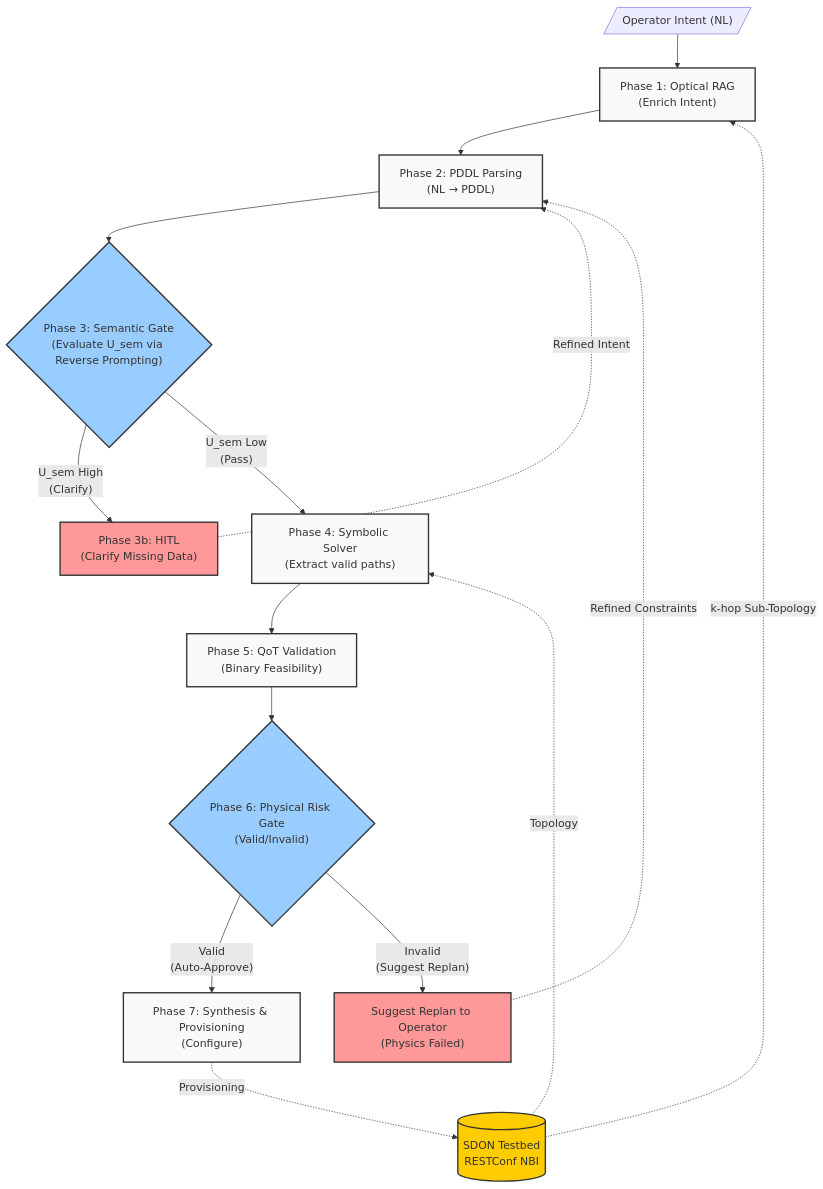
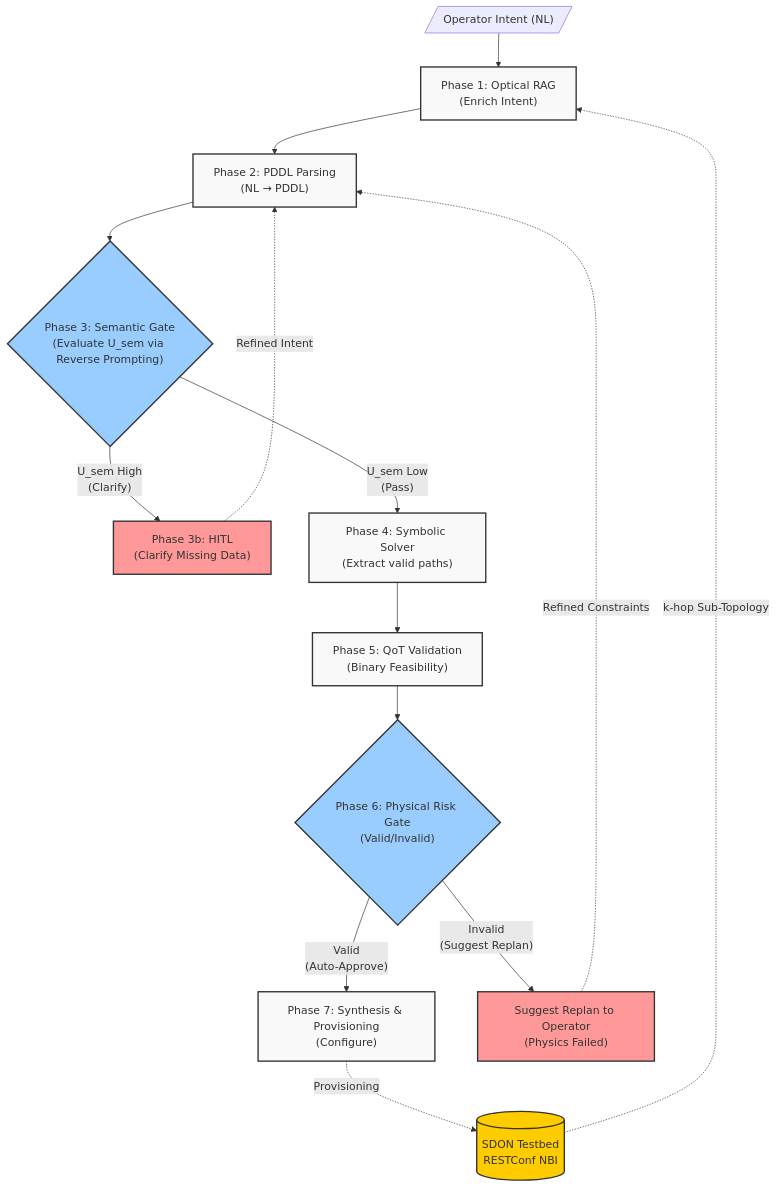
One commit to ABADIAb/MultiAgent-ON changed the diagram in docs/LLM_Wiki/wiki/architecture/Architecture_v5.md. Above: the diagram before and after it, drawn with Mermaid. The commit also changed 6 other files, not shown here.

````diff
--- a/docs/LLM_Wiki/wiki/architecture/Architecture_v5.md
+++ b/docs/LLM_Wiki/wiki/architecture/Architecture_v5.md
@@ -33,40 +33,39 @@
 ```mermaid
 flowchart TD
     %% Styling
     classDef phase fill:#f9f9f9,stroke:#333,stroke-width:2px
     classDef decision fill:#99ccff,stroke:#333,stroke-width:2px
     classDef hitl fill:#ff9999,stroke:#333,stroke-width:2px
     classDef testbed fill:#ffcc00,stroke:#333,stroke-width:2px
     classDef reject fill:#ff6666,stroke:#333,stroke-width:2px,color:#fff
 
     UserIntent[/"Operator Intent (NL)"/] --> Phase1
      
     Phase1["Phase 1: Optical RAG<br/>(Enrich Intent)"]:::phase
     Phase2["Phase 2: PDDL Parsing<br/>(NL → PDDL)"]:::phase
     Phase3{"Phase 3: Semantic Gate<br/>(Evaluate U_sem via Reverse Prompting)"}:::decision
     Phase3b["Phase 3b: HITL<br/>(Clarify Missing Data)"]:::hitl
     Phase4["Phase 4: Symbolic Solver<br/>(Extract valid paths)"]:::phase
     Phase5["Phase 5: QoT Validation<br/>(Binary Feasibility)"]:::phase
     Phase6{"Phase 6: Physical Risk Gate<br/>(Valid/Invalid)"}:::decision
     Phase7["Phase 7: Synthesis & Provisioning<br/>(Configure)"]:::phase
     
     Replan["Suggest Replan to Operator<br/>(Physics Failed)"]:::hitl
     
     Phase1 --> Phase2
     Phase2 --> Phase3
     Phase3 -->|"U_sem High<br/>(Clarify)"| Phase3b
     Phase3b -.->|"Refined Intent"| Phase2
     Phase3 -->|"U_sem Low<br/>(Pass)"| Phase4
     Phase4 --> Phase5
     Phase5 --> Phase6
     
     Phase6 -->|"Valid<br/>(Auto-Approve)"| Phase7
     Phase6 -->|"Invalid<br/>(Suggest Replan)"| Replan
 
     Replan -.->|"Refined Constraints"| Phase2
 
     Testbed[("SDON Testbed<br/>RESTConf NBI")]:::testbed
     Phase7 -.->|"Provisioning"| Testbed
     Testbed -.->|"k-hop Sub-Topology"| Phase1
-    Testbed -.->|"Topology"| Phase4
 ```
````
